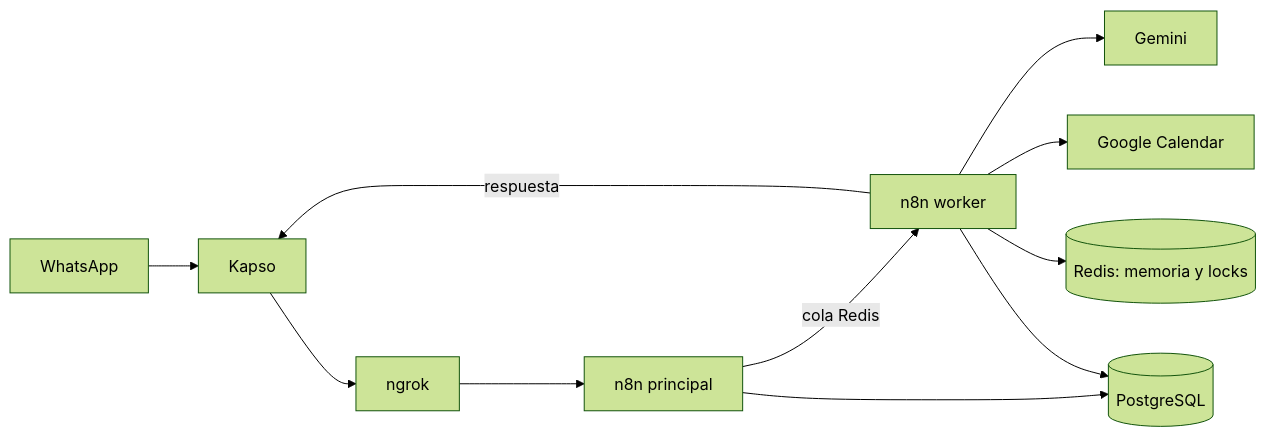
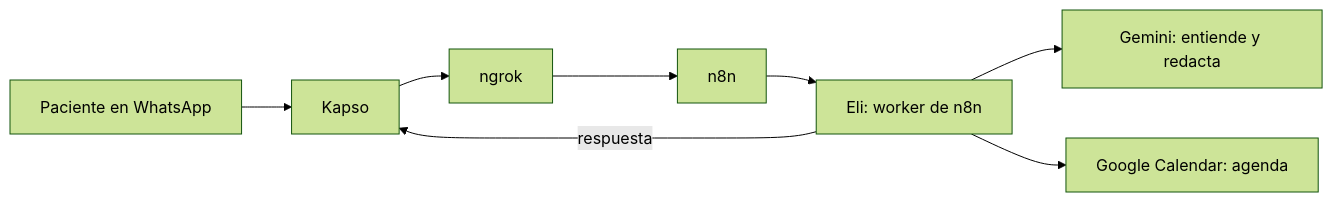
Before and after one commit to davidethc/agentWhatsap: the diagram in README.md, drawn with Mermaid (forest theme). The commit also changed other lines of this file and 18 other files, not shown here.

````diff
--- a/README.md
+++ b/README.md
@@ -13,10 +17,8 @@
 ```mermaid
 flowchart LR
-  P[WhatsApp] --> K[Kapso] --> T[ngrok] --> N[n8n principal]
-  N -- cola Redis --> W[n8n worker]
-  W --> AI[Gemini]
-  W --> C[Google Calendar]
-  W --> R[(Redis: memoria y locks)]
-  N & W --> DB[(PostgreSQL)]
+  P[Paciente en WhatsApp] --> K[Kapso] --> T[ngrok] --> N[n8n]
+  N --> W[Eli: worker de n8n]
+  W --> AI[Gemini: entiende y redacta]
+  W --> C[Google Calendar: agenda]
   W -- respuesta --> K
 ```
````
